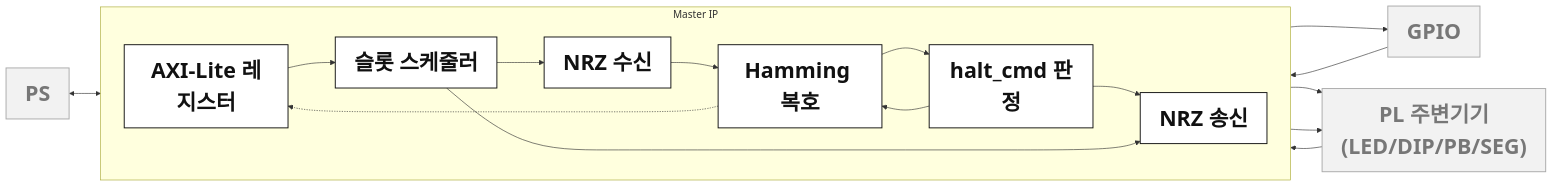
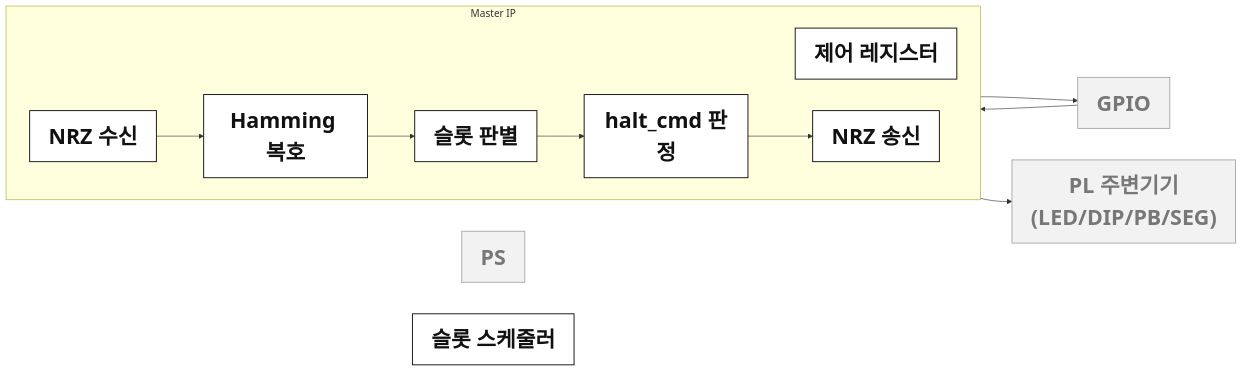
Before and after one commit to Woodong02/SoC_Design_and_Programming: the diagram in diagrams/section3/zoom/m_masterip.mmd, drawn with Mermaid. The commit also changed 7 other files, not shown here.

First line of the commit message:
Update Master PS/Master IP/fault-flow diagrams and matching slide text

```diff
--- a/diagrams/section3/zoom/m_masterip.mmd
+++ b/diagrams/section3/zoom/m_masterip.mmd
@@ -1,33 +1,27 @@
 %%{init: {'themeVariables': {'fontSize': '34px'}}, 'flowchart': {'nodeSpacing': 35, 'rankSpacing': 55}}%%
 flowchart LR
     PS["PS"]:::dim
     GPIO["GPIO"]:::dim
     PLPERIPH["PL 주변기기\n(LED/DIP/PB/SEG)"]:::dim
+    SLOT["슬롯 스케줄러"]:::node
 
     subgraph MASTERB ["Master IP"]
         direction LR
-        AXI["AXI-Lite 레지스터"]:::node
-        SLOT["슬롯 스케줄러"]:::node
+        CTRLREG["제어 레지스터"]:::node
         RX["NRZ 수신"]:::node
         DEC["Hamming 복호"]:::node
+        SLOTDET["슬롯 판별"]:::node
         HALT["halt_cmd 판정"]:::node
         TX["NRZ 송신"]:::node
 
-        AXI --> SLOT
-        SLOT --> RX
         RX --> DEC
-        DEC --> HALT
+        DEC --> SLOTDET
+        SLOTDET --> HALT
         HALT --> TX
-        HALT --> DEC
-        SLOT --> TX
-        DEC -.-> AXI
     end
 
-    PS <--> AXI
-    PLPERIPH --> AXI
     GPIO --> RX
     TX --> GPIO
-    DEC --> PLPERIPH
-    SLOT --> PLPERIPH
+    MASTERB --> PLPERIPH
 classDef node fill:#FFFFFF,stroke:#111111,stroke-width:1.5px,color:#111111,font-weight:bold,font-size:34px
 classDef dim fill:#F2F2F2,stroke:#AAAAAA,color:#777777,font-weight:bold,font-size:34px
```
